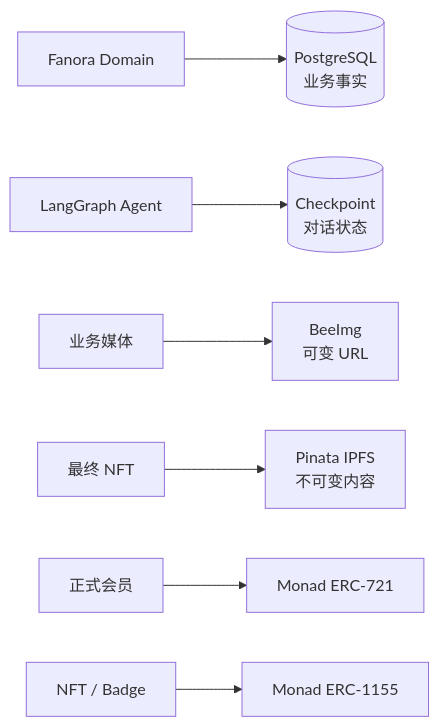
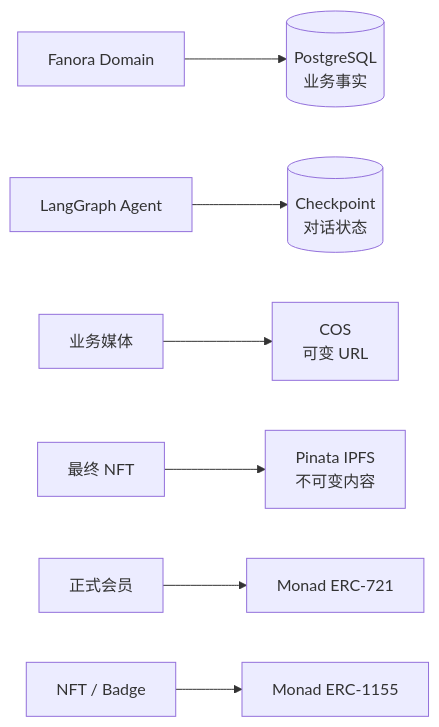
The third of 9 diagrams in docs/produce/ARCHITECTURE.md (ouminghai/Fanora), drawn with Mermaid before and after one commit. The commit also changed other lines of this file and 78 other files, not shown here.

````diff
--- a/docs/produce/ARCHITECTURE.md
+++ b/docs/produce/ARCHITECTURE.md
@@ -108,9 +108,9 @@
 ```mermaid
 flowchart LR
     App["Fanora Domain"] --> PG[("PostgreSQL\n业务事实")]
     Agent["LangGraph Agent"] --> CP[("Checkpoint\n对话状态")]
-    Media["业务媒体"] --> Bee["BeeImg\n可变 URL"]
+    Media["业务媒体"] --> Bee["COS\n可变 URL"]
     Final["最终 NFT"] --> IPFS["Pinata IPFS\n不可变内容"]
     Identity["正式会员"] --> SBT["Monad ERC-721"]
     Assets["NFT / Badge"] --> Multi["Monad ERC-1155"]
 ```
````
